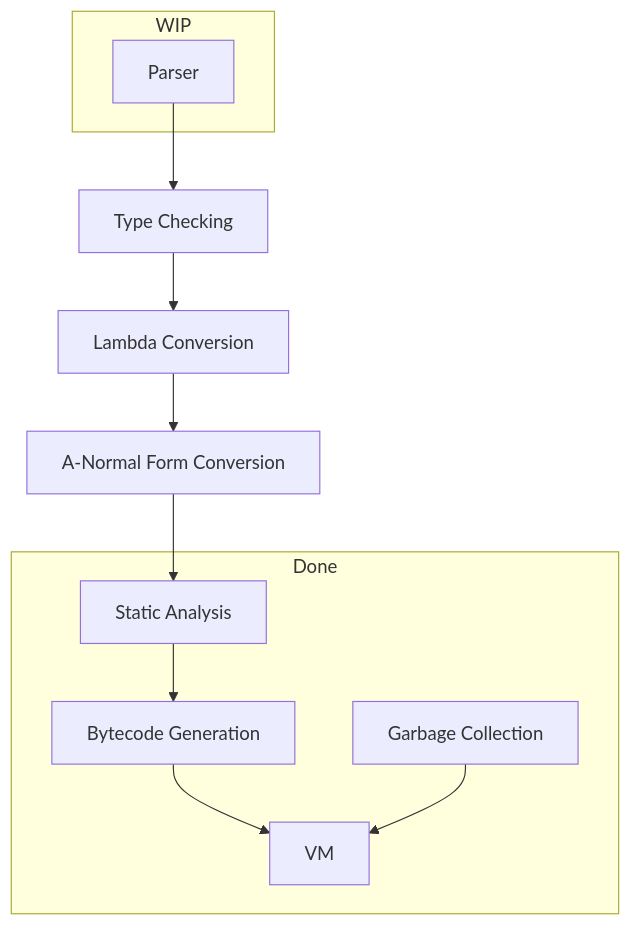
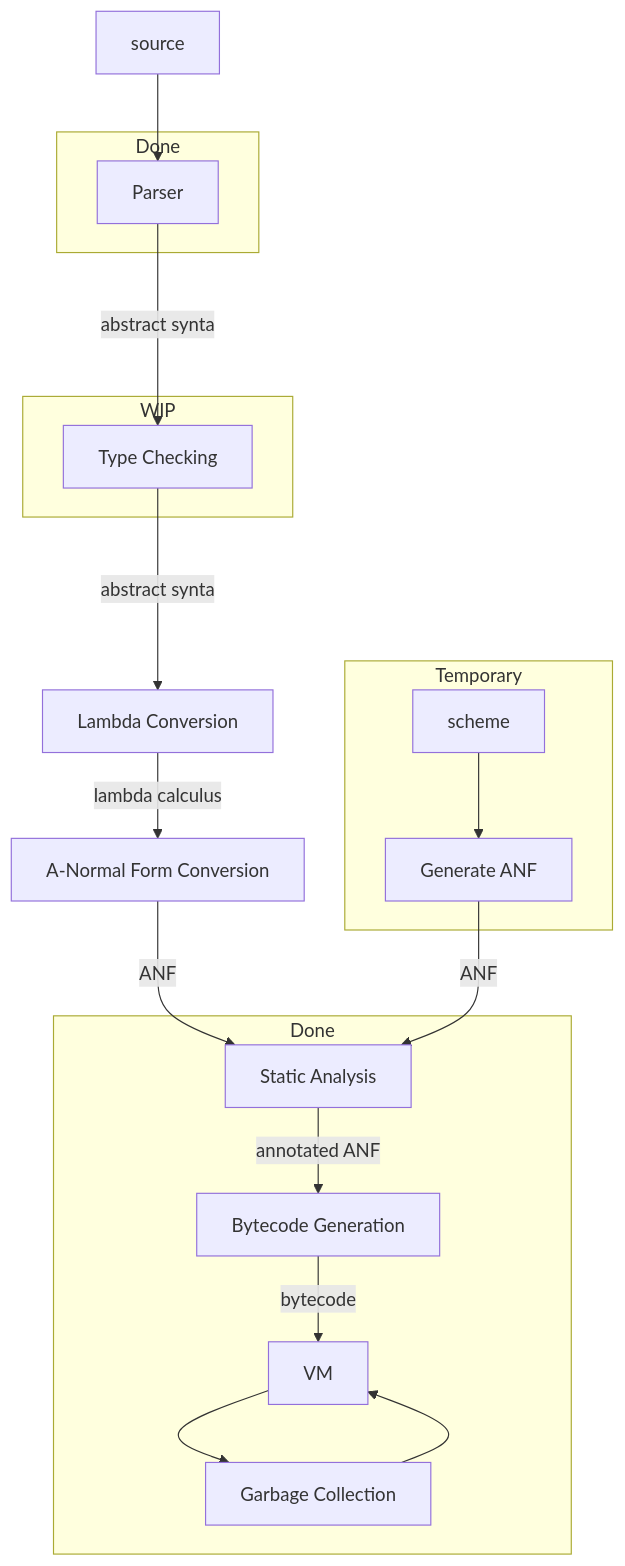
The diagram in README.md (billhails/CEKF), drawn with Mermaid before and after one commit.

Commit message:
Update progress chart in README.md

````diff
--- a/README.md
+++ b/README.md
@@ -75,14 +75,23 @@
 ```mermaid
 flowchart TD
-AST[Parser] --> check[Type Checking] --> lambda[Lambda Conversion] --> anf[A-Normal Form Conversion] --> static[Static Analysis] --> Bytecode[Bytecode Generation] --> VM
+source --> AST[Parser] --abstract syntax--> check[Type Checking] --abstract syntax--> lambda[Lambda Conversion] --lambda calculus--> anf[A-Normal Form Conversion] --ANF--> static[Static Analysis] --annotated ANF--> Bytecode[Bytecode Generation] --bytecode--> VM
+scheme --> make_ast[Generate ANF] --ANF--> static
 GC[Garbage Collection] --> VM
-subgraph done[Done]
+VM --> GC
+subgraph done1[Done]
    static
    Bytecode
    VM
    GC
 end
-subgraph WIP
+subgraph done2[Done]
    AST
 end
+subgraph WIP
+   check
+end
+subgraph temp[Temporary]
+scheme
+make_ast
+end
 ```
````
